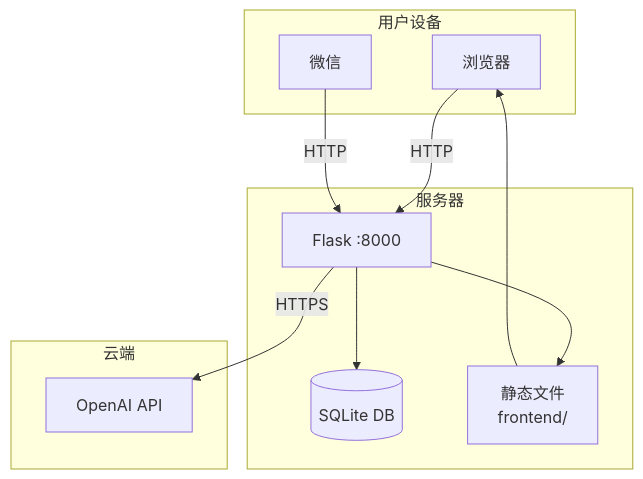
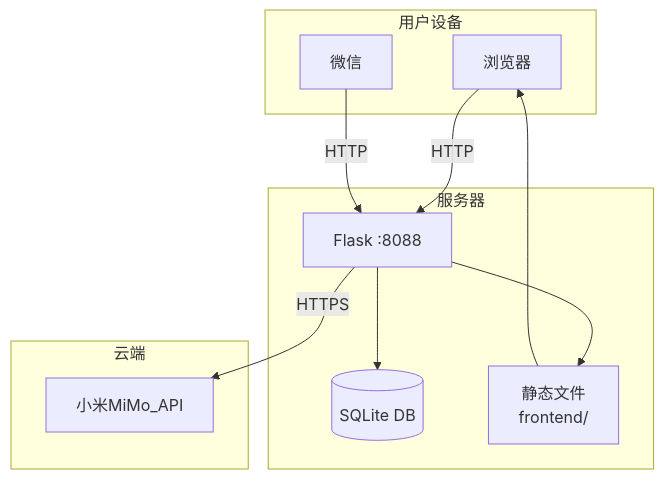
The sixth of 6 diagrams in ARCHITECTURE.md (sunzhenzhen2-hub/math-first-principles), drawn with Mermaid before and after one commit. The commit also changed other lines of this file and 12 other files, not shown here.

````diff
--- a/ARCHITECTURE.md
+++ b/ARCHITECTURE.md
@@ -295,24 +331,24 @@
 ```mermaid
 graph TB
     subgraph 用户设备
         Browser[浏览器]
         WeChat[微信]
     end
 
     subgraph 服务器
-        Flask[Flask :8000]
+        Flask[Flask :8088]
         SQLite[(SQLite DB)]
         Static[静态文件<br/>frontend/]
     end
 
     subgraph 云端
-        OpenAI[OpenAI API]
+        MiMo[小米MiMo_API]
     end
 
     Browser -->|HTTP| Flask
     WeChat -->|HTTP| Flask
     Flask --> SQLite
     Flask --> Static
-    Flask -->|HTTPS| OpenAI
+    Flask -->|HTTPS| MiMo
     Static --> Browser
 ```
````
